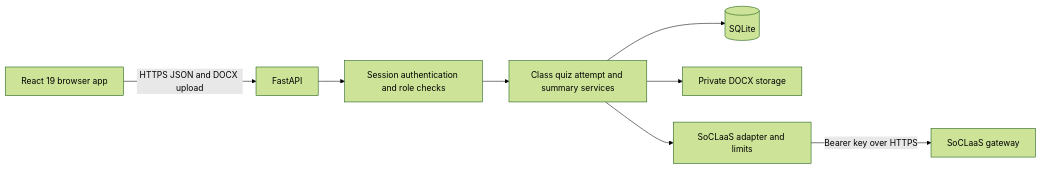
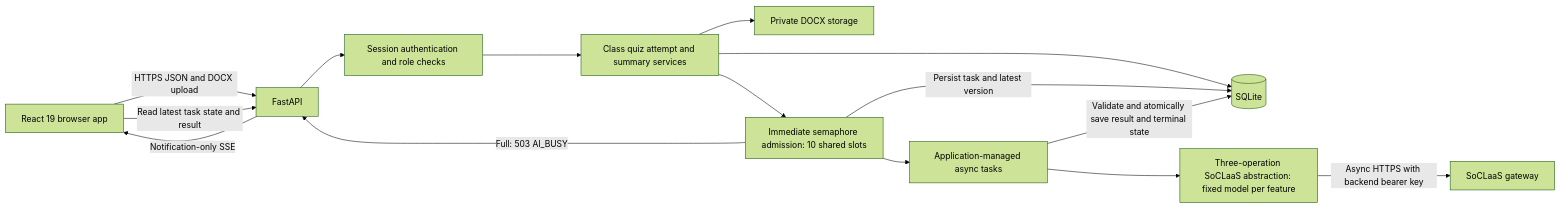
Before and after one commit to CS3227-2610-MP3-QuizIt/CS3227-2610-MP3: the first of 2 diagrams in specs/specification.md, drawn with Mermaid (forest theme). The commit also changed other lines of this file and 3 other files, not shown here.

````diff
--- a/specs/specification.md
+++ b/specs/specification.md
@@ -33,10 +33,17 @@
 ```mermaid
 flowchart LR
     Browser[React 19 browser app] -->|HTTPS JSON and DOCX upload| API[FastAPI]
     API --> Auth[Session authentication and role checks]
     Auth --> Services[Class quiz attempt and summary services]
     Services --> DB[(SQLite)]
     Services --> Files[Private DOCX storage]
-    Services --> AI[SoCLaaS adapter and limits]
-    AI -->|Bearer key over HTTPS| Gateway[SoCLaaS gateway]
+    Services --> Admission[Immediate semaphore admission: 10 shared slots]
+    Admission -->|Full: 503 AI_BUSY| API
+    Admission -->|Persist task and latest version| DB
+    Admission --> Tasks[Application-managed async tasks]
+    Tasks --> AI[Three-operation SoCLaaS abstraction: fixed model per feature]
+    AI -->|Async HTTPS with backend bearer key| Gateway[SoCLaaS gateway]
+    Tasks -->|Validate and atomically save result and terminal state| DB
+    API -->|Notification-only SSE| Browser
+    Browser -->|Read latest task state and result| API
 ```
````
